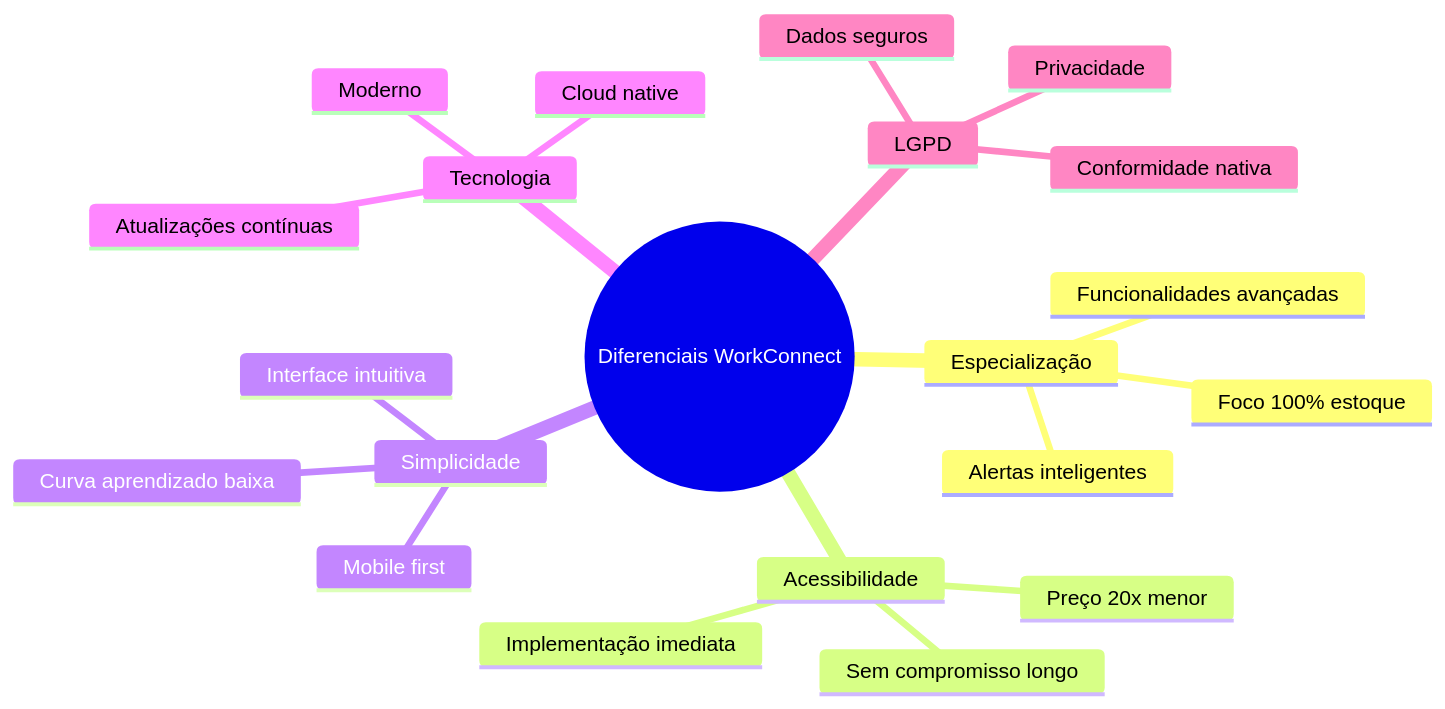
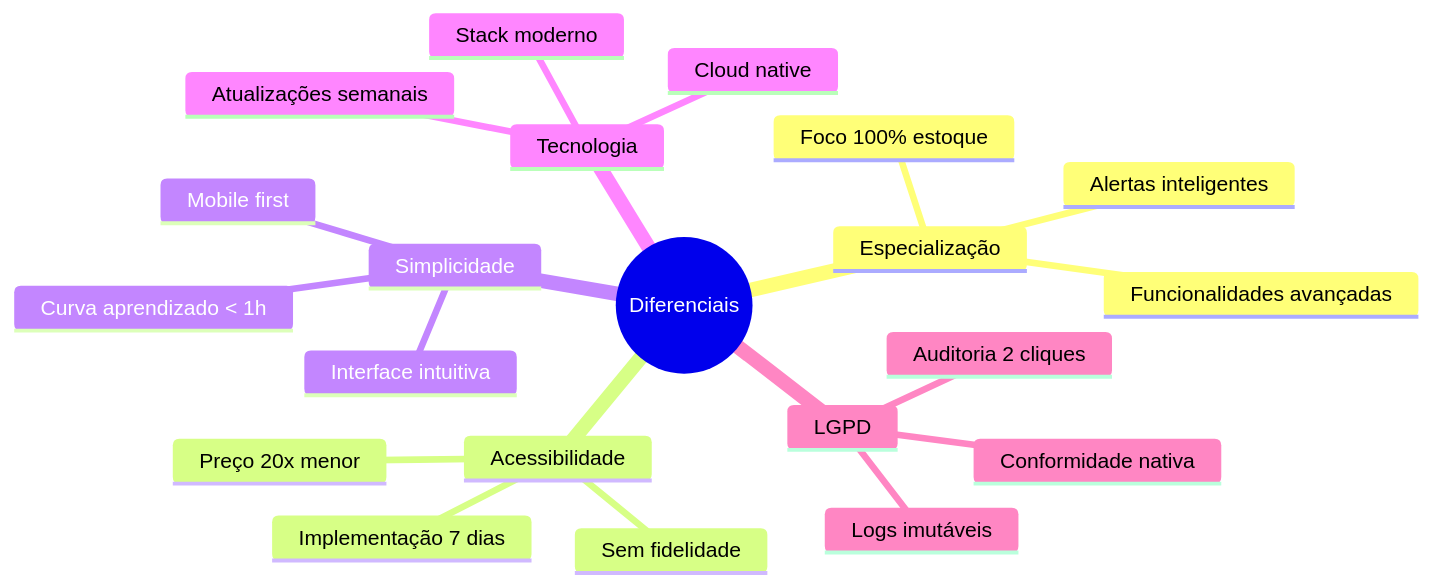
Before and after one commit to matheusmendes720/workconnect-tcc: the third of 6 diagrams in documentation/docs/estrategia/analise-concorrencial.mdx, drawn with Mermaid. The commit also changed other lines of this file and 16 other files, not shown here.

````diff
--- a/documentation/docs/estrategia/analise-concorrencial.mdx
+++ b/documentation/docs/estrategia/analise-concorrencial.mdx
@@ -107,24 +165,24 @@
 ```mermaid
 mindmap
-  root((Diferenciais WorkConnect))
+  root((Diferenciais))
     Especialização
       Foco 100% estoque
       Funcionalidades avançadas
       Alertas inteligentes
     Acessibilidade
       Preço 20x menor
-      Implementação imediata
-      Sem compromisso longo
+      Implementação 7 dias
+      Sem fidelidade
     Simplicidade
       Interface intuitiva
-      Curva aprendizado baixa
+      Curva aprendizado < 1h
       Mobile first
     Tecnologia
-      Moderno
-      Atualizações contínuas
+      Stack moderno
+      Atualizações semanais
       Cloud native
     LGPD
       Conformidade nativa
-      Dados seguros
-      Privacidade
+      Auditoria 2 cliques
+      Logs imutáveis
 ```
````
